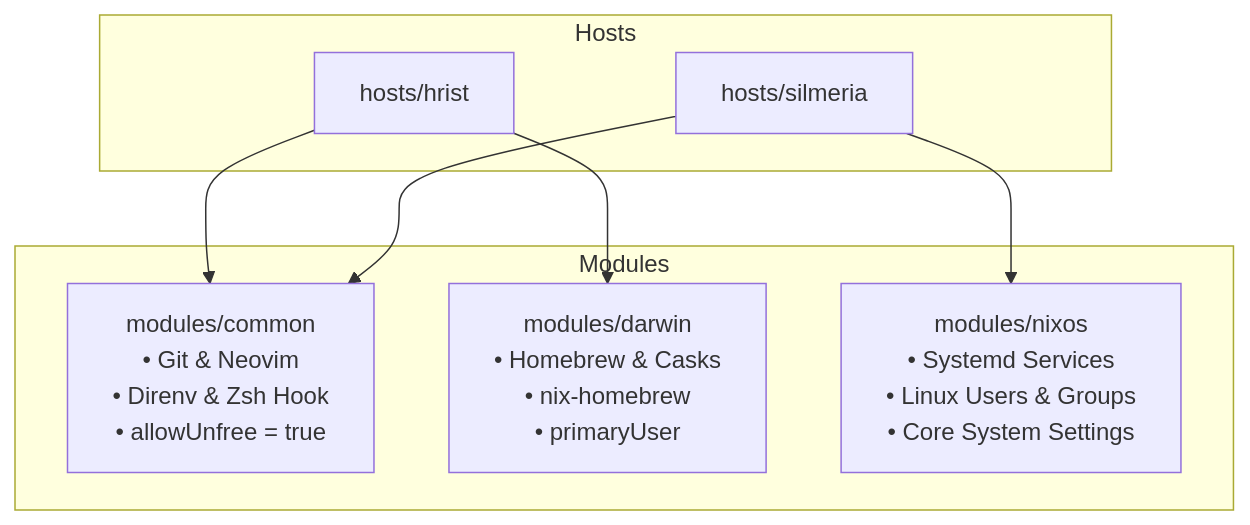
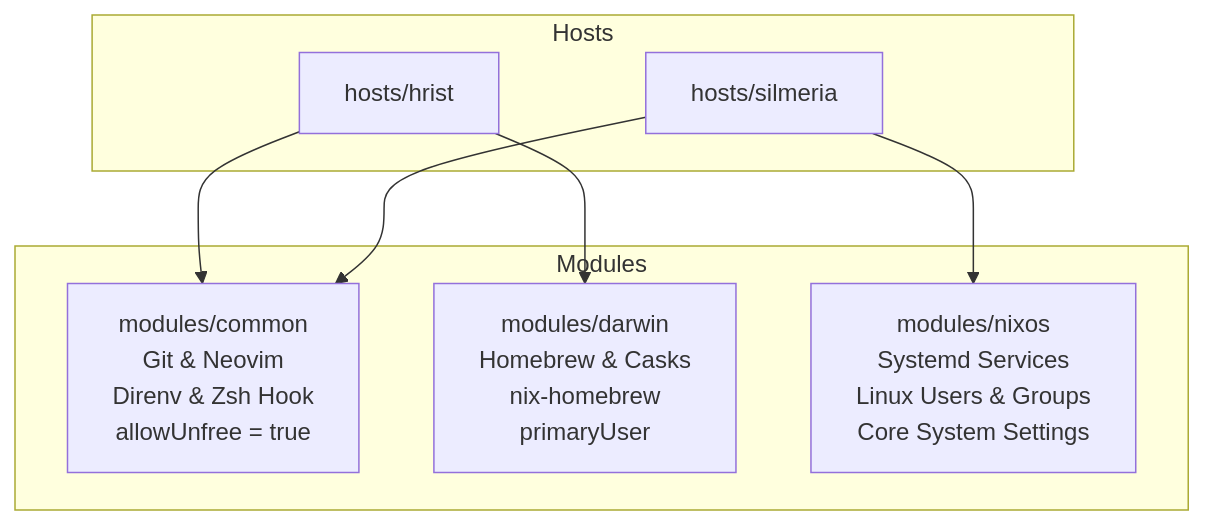
The diagram in README.md (mikaelsouza/nix-server), drawn with Mermaid before and after one commit. The commit also changed other lines of this file and 3 other files, not shown here.

````diff
--- a/README.md
+++ b/README.md
@@ -74,18 +116,18 @@
 ```mermaid
 graph TD
     subgraph Hosts
         H1[hosts/hrist]
         H2[hosts/silmeria]
     end
 
     subgraph Modules
-        MC[modules/common<br/>• Git & Neovim<br/>• Direnv & Zsh Hook<br/>• allowUnfree = true]
-        MD[modules/darwin<br/>• Homebrew & Casks<br/>• nix-homebrew<br/>• primaryUser]
-        MN[modules/nixos<br/>• Systemd Services<br/>• Linux Users & Groups<br/>• Core System Settings]
+        MC[modules/common<br/>Git & Neovim<br/>Direnv & Zsh Hook<br/>allowUnfree = true]
+        MD[modules/darwin<br/>Homebrew & Casks<br/>nix-homebrew<br/>primaryUser]
+        MN[modules/nixos<br/>Systemd Services<br/>Linux Users & Groups<br/>Core System Settings]
     end
 
     H1 --> MC
     H1 --> MD
     H2 --> MC
     H2 --> MN
 ```
````
